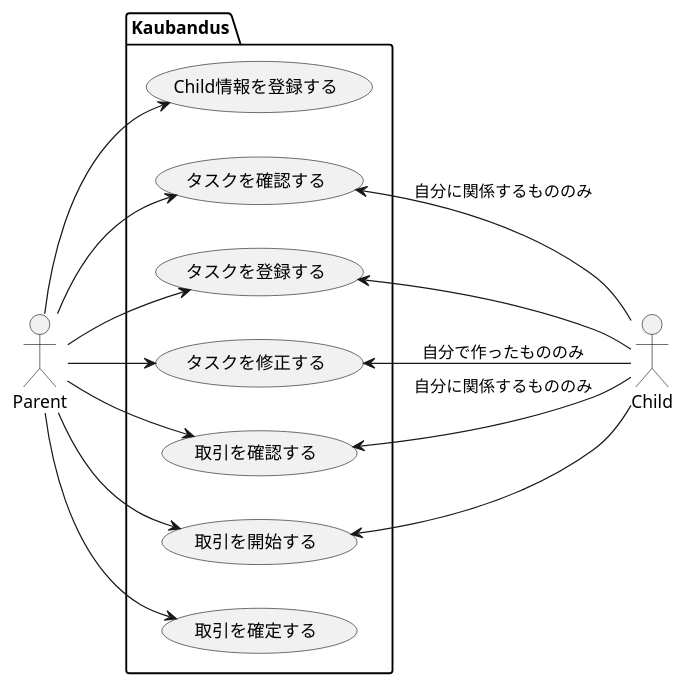
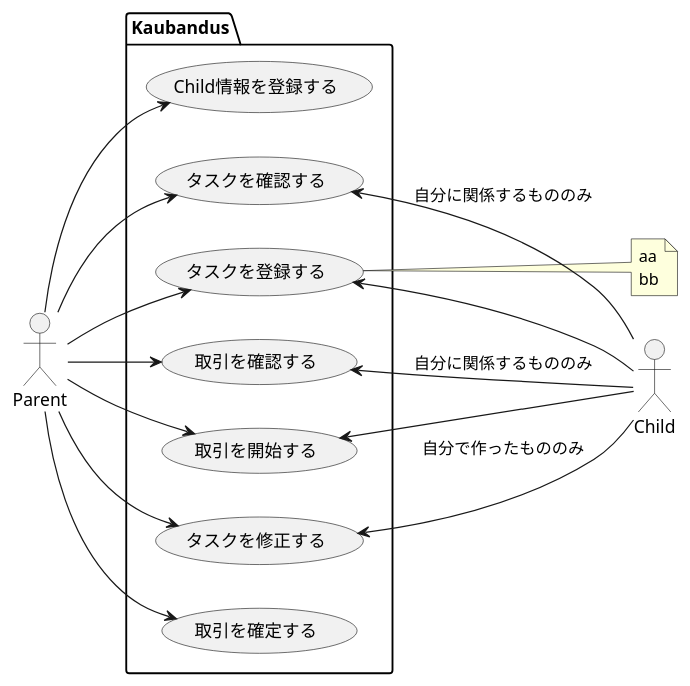
Before and after one commit to sky0621/familiagildo: the diagram in design/usecase/usecase.puml, drawn with PlantUML. The commit also changed 19 other files, not shown here.

```diff
--- a/design/usecase/usecase.puml
+++ b/design/usecase/usecase.puml
@@ -1,36 +1,41 @@
 @startuml
 
 left to right direction
 
 actor Parent as p
 actor Child as c
 
 package Kaubandus {
     usecase "Child情報を登録する" as crc
     usecase "タスクを確認する" as cht
     usecase "タスクを登録する" as crt
     usecase "タスクを修正する" as upt
     usecase "取引を確認する" as chtr
     usecase "取引を開始する" as sttr
     usecase "取引を確定する" as dctr
 }
 
 p --> cht
 p --> crt
 p --> upt
 
 p --> chtr
 p --> sttr
 p --> dctr
 
 p --> crc
 
 
 cht <-- c : "自分に関係するもののみ"
 crt <-- c
 upt <-- c : "自分で作ったもののみ"
 
 chtr <-- c : "自分に関係するもののみ"
 sttr <-- c
 
+note right of crt
+aa
+bb
+end note
+
 @enduml
```
